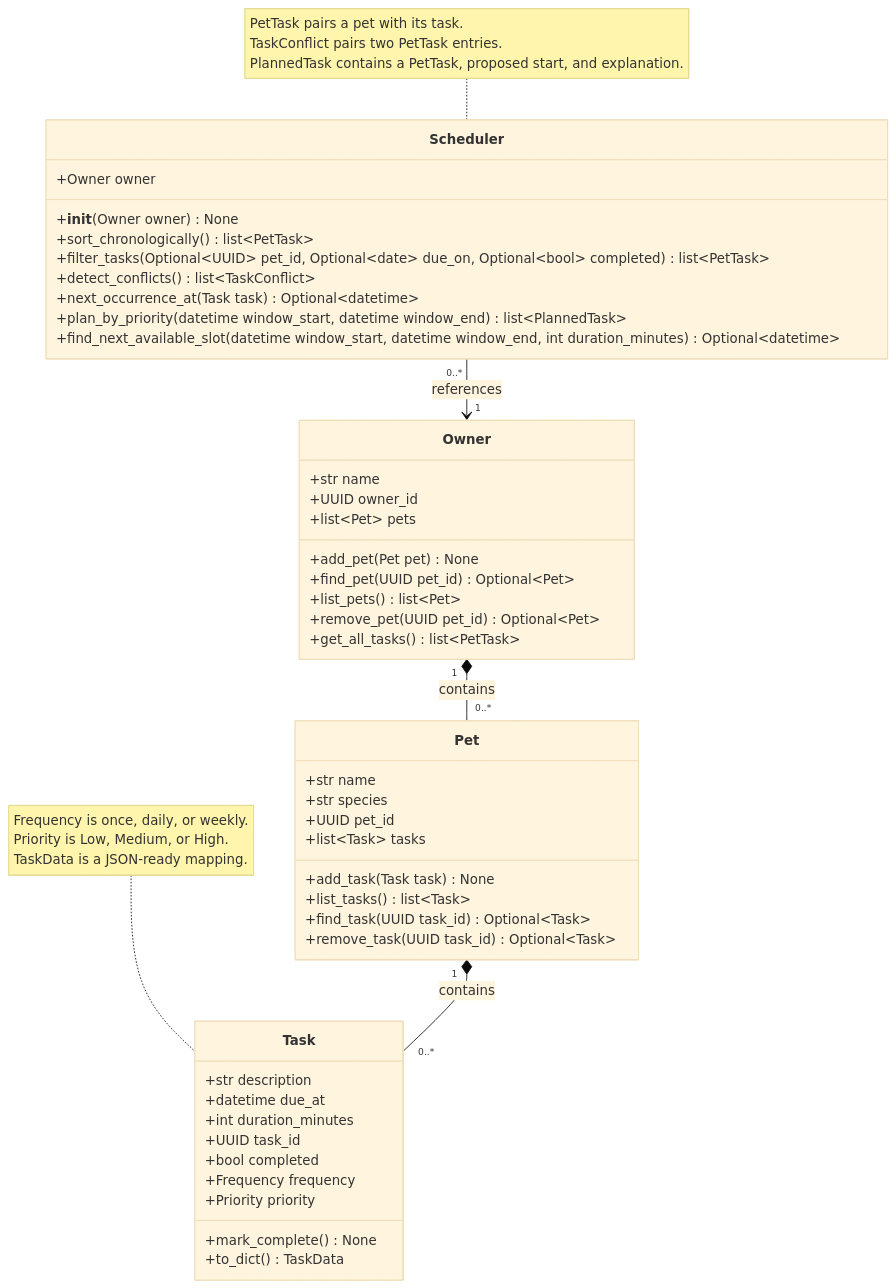
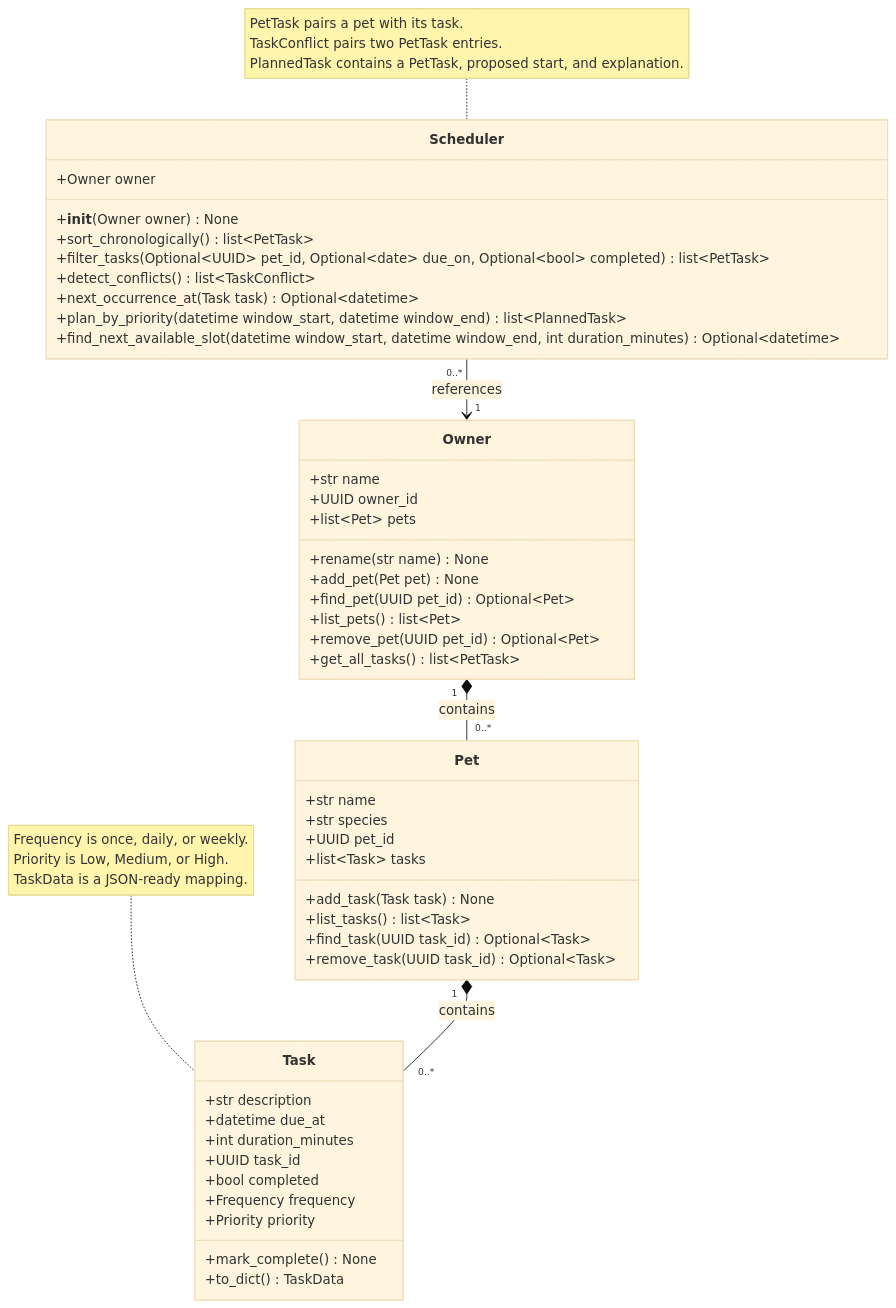
The diagram in diagrams/uml_draft.mmd (riyayaprasai/Pawpal-ai110), drawn with Mermaid (base theme) before and after one commit. The commit also changed 8 other files, not shown here.

```diff
--- a/diagrams/uml_draft.mmd
+++ b/diagrams/uml_draft.mmd
@@ -1,52 +1,53 @@
 classDiagram
     class Task {
         +str description
         +datetime due_at
         +int duration_minutes
         +UUID task_id
         +bool completed
         +Frequency frequency
         +Priority priority
         +mark_complete() None
         +to_dict() TaskData
     }
 
     class Pet {
         +str name
         +str species
         +UUID pet_id
         +list~Task~ tasks
         +add_task(Task task) None
         +list_tasks() list~Task~
         +find_task(UUID task_id) Optional~Task~
         +remove_task(UUID task_id) Optional~Task~
     }
 
     class Owner {
         +str name
         +UUID owner_id
         +list~Pet~ pets
+        +rename(str name) None
         +add_pet(Pet pet) None
         +find_pet(UUID pet_id) Optional~Pet~
         +list_pets() list~Pet~
         +remove_pet(UUID pet_id) Optional~Pet~
         +get_all_tasks() list~PetTask~
     }
 
     class Scheduler {
         +Owner owner
         +__init__(Owner owner) None
         +sort_chronologically() list~PetTask~
         +filter_tasks(Optional~UUID~ pet_id, Optional~date~ due_on, Optional~bool~ completed) list~PetTask~
         +detect_conflicts() list~TaskConflict~
         +next_occurrence_at(Task task) Optional~datetime~
         +plan_by_priority(datetime window_start, datetime window_end) list~PlannedTask~
         +find_next_available_slot(datetime window_start, datetime window_end, int duration_minutes) Optional~datetime~
     }
 
     Owner "1" *-- "0..*" Pet : contains
     Pet "1" *-- "0..*" Task : contains
     Scheduler "0..*" --> "1" Owner : references
 
     note for Task "Frequency is once, daily, or weekly.<br>Priority is Low, Medium, or High.<br>TaskData is a JSON-ready mapping."
     note for Scheduler "PetTask pairs a pet with its task.<br>TaskConflict pairs two PetTask entries.<br>PlannedTask contains a PetTask, proposed start, and explanation."
```
